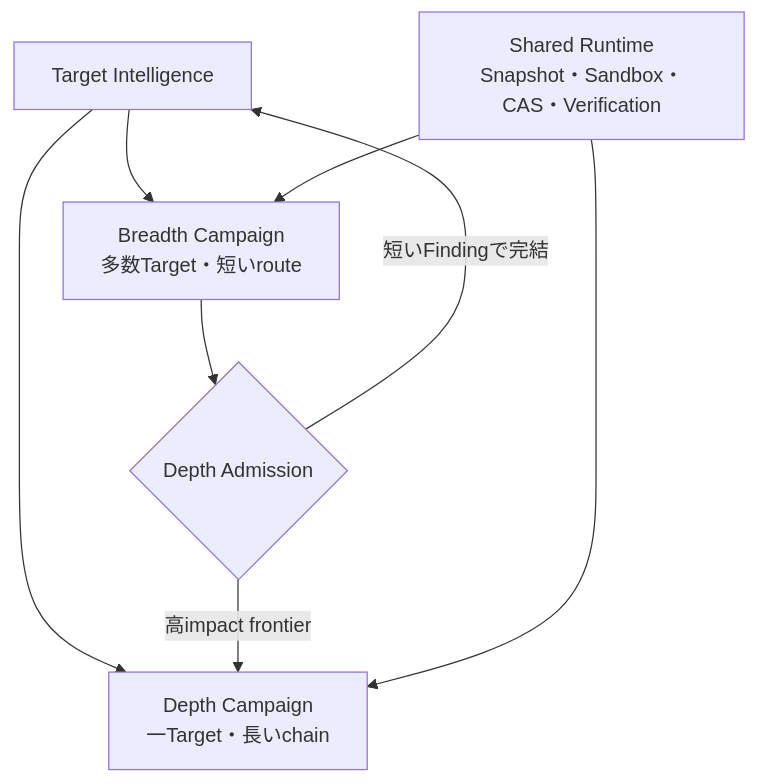
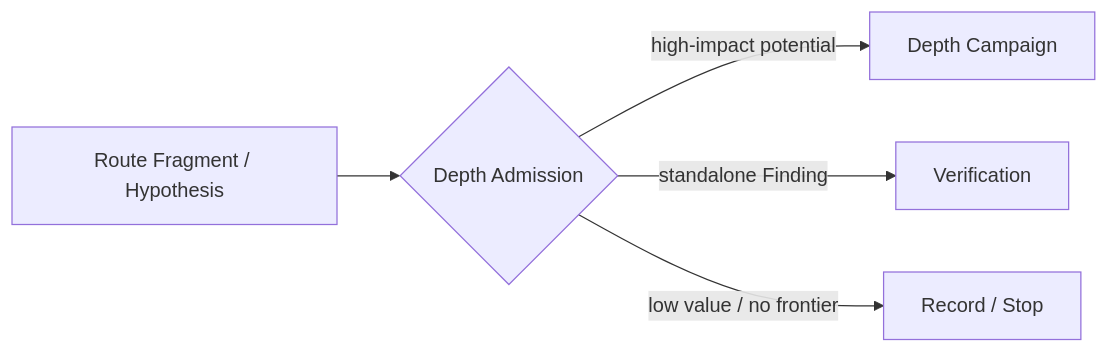
One commit to momoponwork1415-lgtm/wordpress-harness changed the second of 4 diagrams in docs/design/architecture/breadth-depth-research-loop.md. Above: the diagram before and after it, drawn with Mermaid. The commit also changed other lines of this file, not shown here.

Commit message:
Separate semantic research from conditional depth and later breadth

````diff
--- a/docs/design/architecture/breadth-depth-research-loop.md
+++ b/docs/design/architecture/breadth-depth-research-loop.md
@@ -34,15 +33,7 @@
 ```mermaid
-flowchart TB
-    intake["Target Intelligence"]
-    breadth["Breadth Campaign<br/>多数Target・短いroute"]
-    admission{"Depth Admission"}
-    depth["Depth Campaign<br/>一Target・長いchain"]
-    shared["Shared Runtime<br/>Snapshot・Sandbox・CAS・Verification"]
-
-    intake --> breadth --> admission
-    intake --> depth
-    admission -->|"高impact frontier"| depth
-    admission -->|"短いFindingで完結"| intake
-    shared --> breadth
-    shared --> depth
+flowchart LR
+    fragment["Route Fragment / Hypothesis"] --> admission{"Depth Admission"}
+    admission -->|"high-impact potential"| depth["Depth Campaign"]
+    admission -->|"standalone Finding"| verify["Verification"]
+    admission -->|"low value / no frontier"| stop["Record / Stop"]
 ```
````
